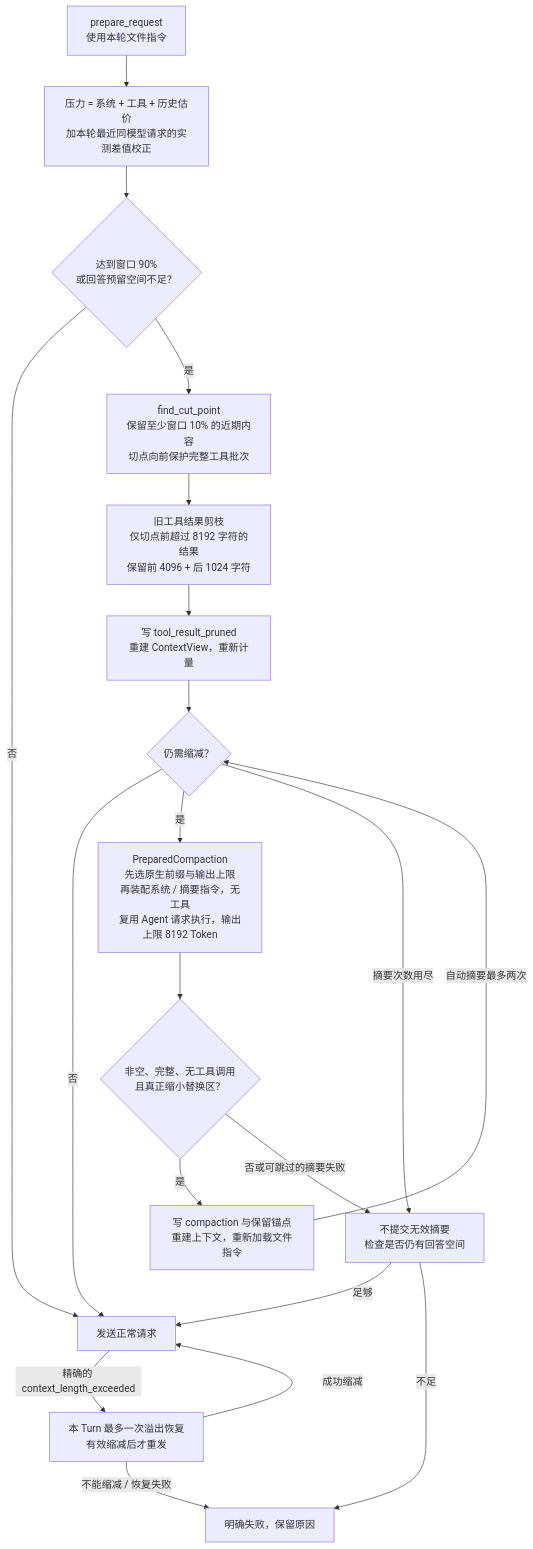
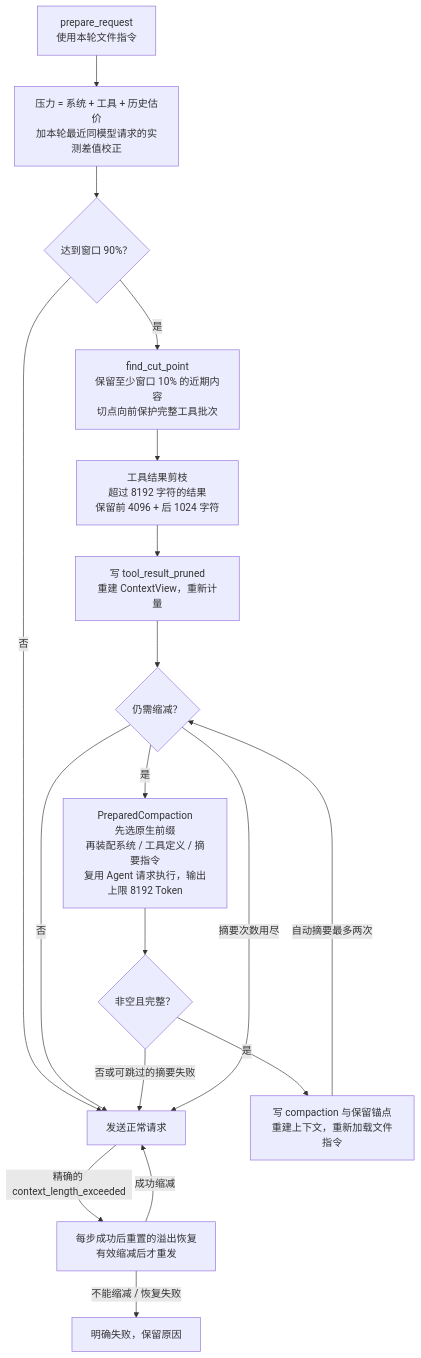
One commit to qjcnmd/singularity-agent changed diagram 23 of 29 in docs/singularity.md. Above: the diagram before and after it, drawn with Mermaid. The commit also changed other lines of this file and 10 other files, not shown here.

````diff
--- a/docs/singularity.md
+++ b/docs/singularity.md
@@ -625,22 +625,20 @@
 ```mermaid
 flowchart TB
     Start["prepare_request<br/>使用本轮文件指令"] --> Estimate["压力 = 系统 + 工具 + 历史估价<br/>加本轮最近同模型请求的实测差值校正"]
-    Estimate --> Pressure{"达到窗口 90%<br/>或回答预留空间不足？"}
+    Estimate --> Pressure{"达到窗口 90%？"}
     Pressure -->|"否"| Send["发送正常请求"]
     Pressure -->|"是"| Cut["find_cut_point<br/>保留至少窗口 10% 的近期内容<br/>切点向前保护完整工具批次"]
-    Cut --> Prune["旧工具结果剪枝<br/>仅切点前超过 8192 字符的结果<br/>保留前 4096 + 后 1024 字符"]
+    Cut --> Prune["工具结果剪枝<br/>超过 8192 字符的结果<br/>保留前 4096 + 后 1024 字符"]
     Prune --> Measure["写 tool_result_pruned<br/>重建 ContextView，重新计量"]
     Measure --> Need{"仍需缩减？"}
     Need -->|"否"| Send
-    Need -->|"是"| Summary["PreparedCompaction<br/>先选原生前缀与输出上限<br/>再装配系统 / 摘要指令，无工具<br/>复用 Agent 请求执行，输出上限 8192 Token"]
-    Summary --> Valid{"非空、完整、无工具调用<br/>且真正缩小替换区？"}
+    Need -->|"是"| Summary["PreparedCompaction<br/>先选原生前缀<br/>再装配系统 / 工具定义 / 摘要指令<br/>复用 Agent 请求执行，输出上限 8192 Token"]
+    Summary --> Valid{"非空且完整？"}
     Valid -->|"是"| Commit["写 compaction 与保留锚点<br/>重建上下文，重新加载文件指令"]
     Commit -->|"自动摘要最多两次"| Need
-    Valid -->|"否或可跳过的摘要失败"| Room["不提交无效摘要<br/>检查是否仍有回答空间"]
-    Room -->|"足够"| Send
-    Room -->|"不足"| Error["明确失败，保留原因"]
-    Need -->|"摘要次数用尽"| Room
-    Send -->|"精确的 context_length_exceeded"| Forced["本 Turn 最多一次溢出恢复<br/>有效缩减后才重发"]
+    Valid -->|"否或可跳过的摘要失败"| Send
+    Need -->|"摘要次数用尽"| Send
+    Send -->|"精确的 context_length_exceeded"| Forced["每步成功后重置的溢出恢复<br/>有效缩减后才重发"]
     Forced -->|"成功缩减"| Send
-    Forced -->|"不能缩减 / 恢复失败"| Error
+    Forced -->|"不能缩减 / 恢复失败"| Error["明确失败，保留原因"]
 ```
````
